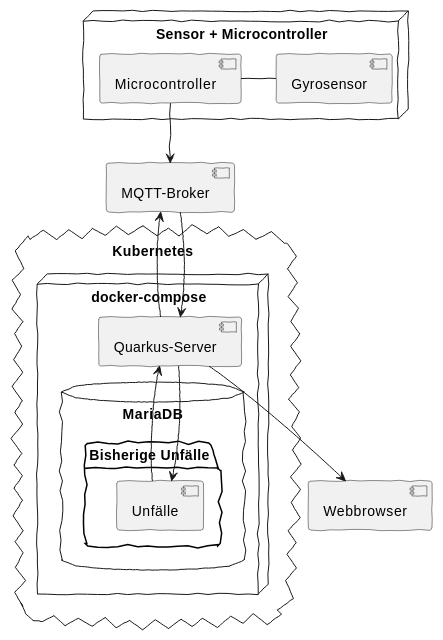
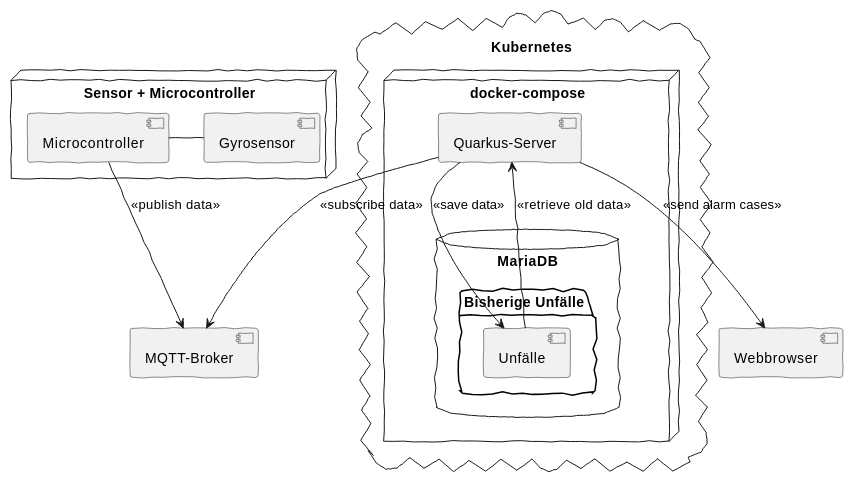
Before and after one commit to KonstantinFrank01/safer-pool-docs: the second of 5 diagrams in asciidocs/index.adoc, drawn with PlantUML.

Commit message:
Add association descriptions to the component diagram

```diff
--- a/asciidocs/index.adoc
+++ b/asciidocs/index.adoc
@@ -97,31 +97,30 @@
 [plantuml]
 ----
 @startuml
 skinparam handwritten true
 cloud "Kubernetes" {
     node "docker-compose" {
         [Quarkus-Server]
         database "MariaDB" {
             folder "Bisherige Unfälle" {
                 [Unfälle]
             }
         }
     }
 }
 
 node "Sensor + Microcontroller" {
     [Microcontroller] - [Gyrosensor]
 }
 
 [MQTT-Broker]
 [Webbrowser]
 
-[Microcontroller] --> [MQTT-Broker]
-[MQTT-Broker] --> [Quarkus-Server]
-[Quarkus-Server] --> [MQTT-Broker]
-[Quarkus-Server] --> [Webbrowser]
-[Quarkus-Server] --> [Unfälle]
-[Unfälle] --> [Quarkus-Server]
+[Microcontroller] --> [MQTT-Broker] : << publish data >>
+[Quarkus-Server] --> [MQTT-Broker] : << subscribe data >>
+[Quarkus-Server] --> [Webbrowser] : << send alarm cases >>
+[Quarkus-Server] --> [Unfälle] : << save data >>
+[Unfälle] --> [Quarkus-Server] : << retrieve old data >>
 
 @enduml
 ----
```
